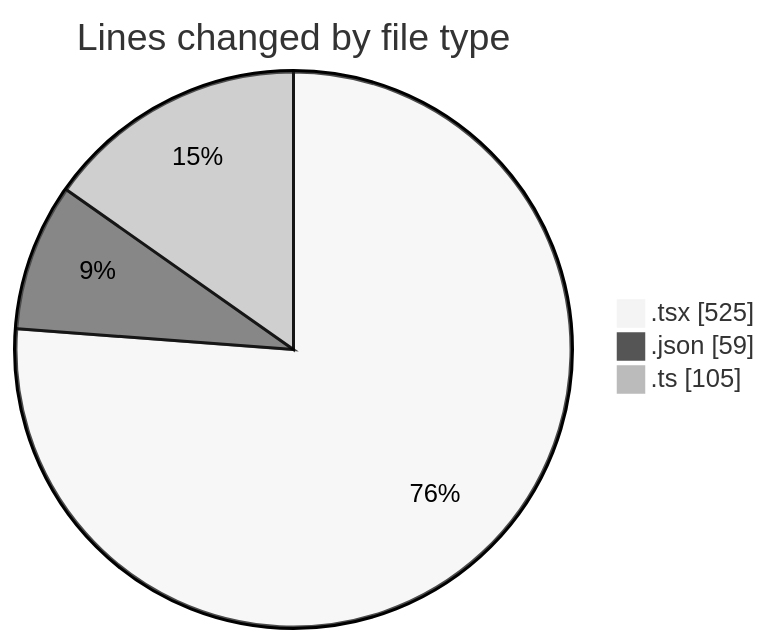
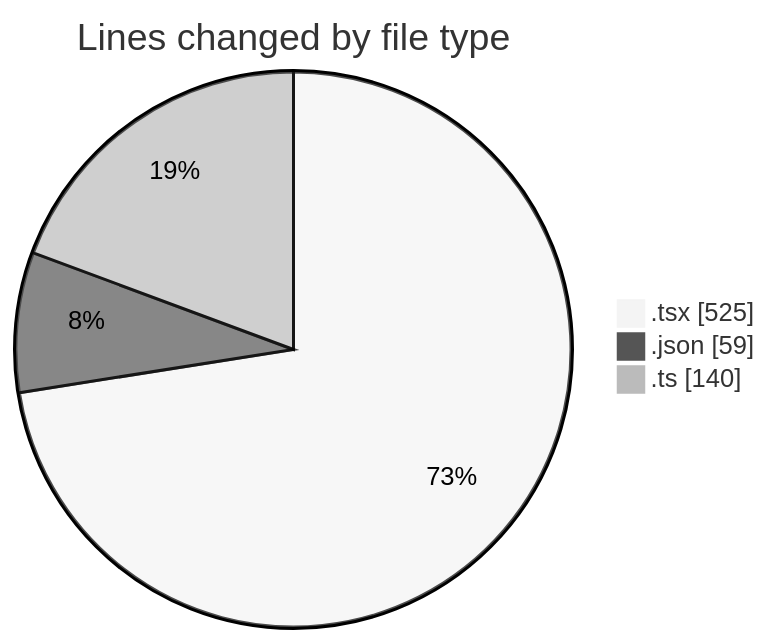
Before and after one commit to momahboobian/code-tracking: the first of 2 diagrams in 2025-11-24/cda/README.md, drawn with Mermaid (neutral theme). The commit also changed other lines of this file and 1 other file, not shown here.

````diff
--- a/2025-11-24/cda/README.md
+++ b/2025-11-24/cda/README.md
@@ -24,7 +24,7 @@
 ```mermaid
 pie showData
 title Lines changed by file type
 ".tsx" : 525
 ".json" : 59
-".ts" : 105
+".ts" : 140
 ```
````
